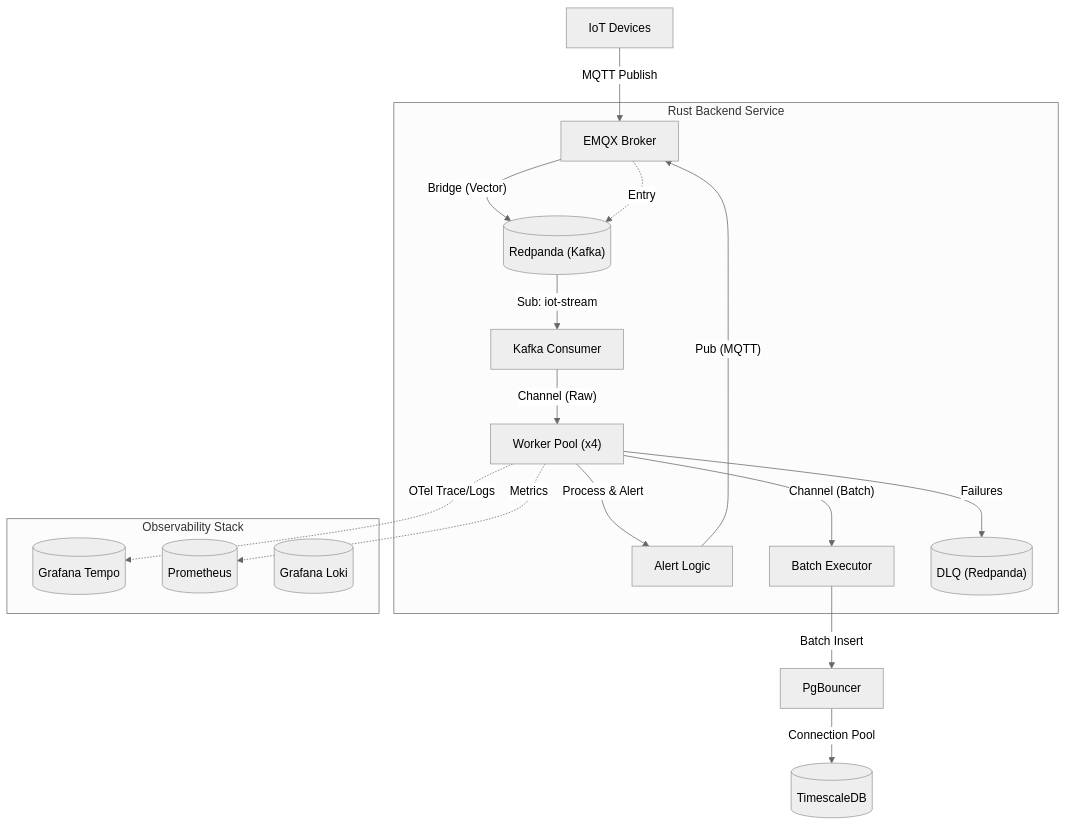
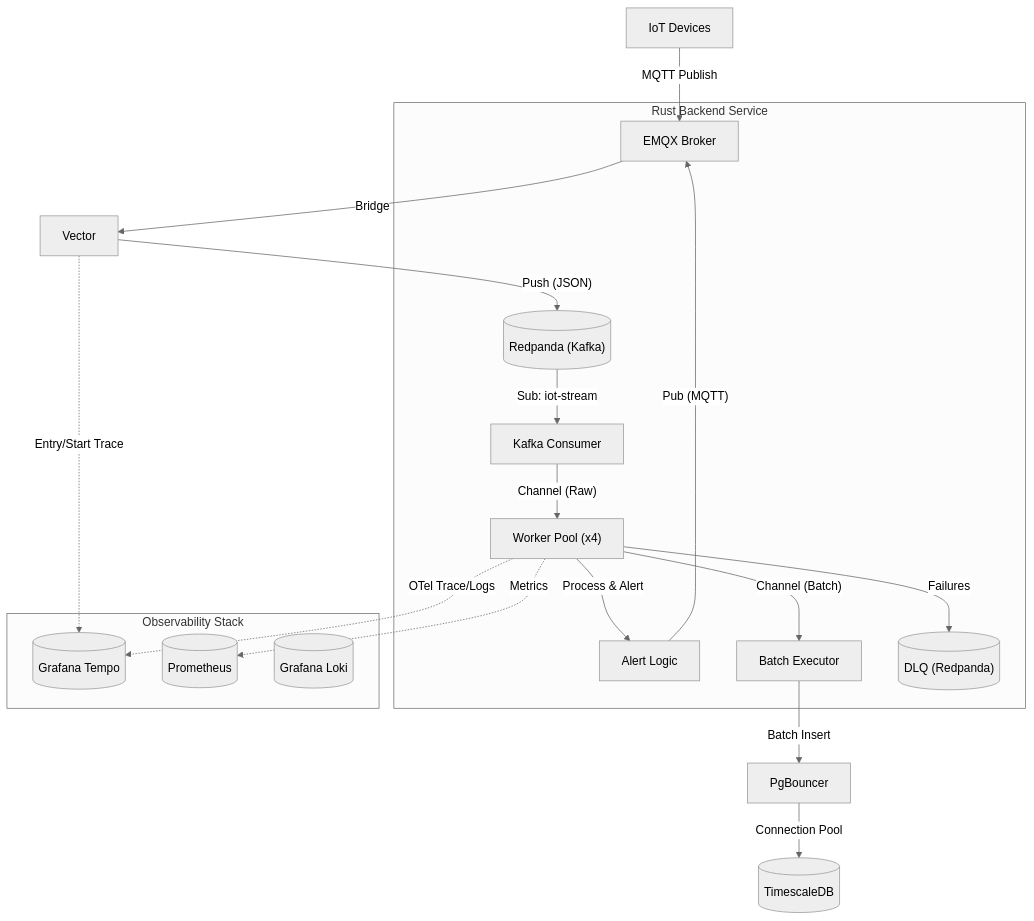
The diagram in README.md (anandcpanchal/rust-mqtt-ingestor), drawn with Mermaid (neutral theme) before and after one commit.

Commit message:
update: readme

````diff
--- a/README.md
+++ b/README.md
@@ -10,27 +10,28 @@
 ```mermaid
 graph TD
     Devices["IoT Devices"] -->|MQTT Publish| EMQX["EMQX Broker"]
-    EMQX -->|"Bridge (Vector)"| Redpanda[("Redpanda (Kafka)")]
+    EMQX -->|"Bridge"| Vector["Vector"]
+    Vector -->|"Push (JSON)"| Redpanda[("Redpanda (Kafka)")]
     
     subgraph Backend ["Rust Backend Service"]
         Redpanda -->|Sub: iot-stream| Consumer["Kafka Consumer"]
         Consumer -->|"Channel (Raw)"| WorkerPool["Worker Pool (x4)"]
         WorkerPool -->|Process & Alert| AlertLogic["Alert Logic"]
         AlertLogic -->|"Pub (MQTT)"| EMQX
         WorkerPool -->|"Channel (Batch)"| Executor["Batch Executor"]
         WorkerPool -->|Failures| DLQ[("DLQ (Redpanda)")]
     end
     
     Executor -->|"Batch Insert"| PgBouncer
     PgBouncer -->|"Connection Pool"| TimescaleDB[("TimescaleDB")]
 
     %% Observability Connections
-    EMQX -.->|Entry| Redpanda
+    Vector -.->|Entry/Start Trace| Tempo
     subgraph Observability ["Observability Stack"]
         Tempo[("Grafana Tempo")]
         Prometheus[("Prometheus")]
         Loki[("Grafana Loki")]
     end
     WorkerPool -.->|OTel Trace/Logs| Tempo
     WorkerPool -.->|Metrics| Prometheus
 ```
````
